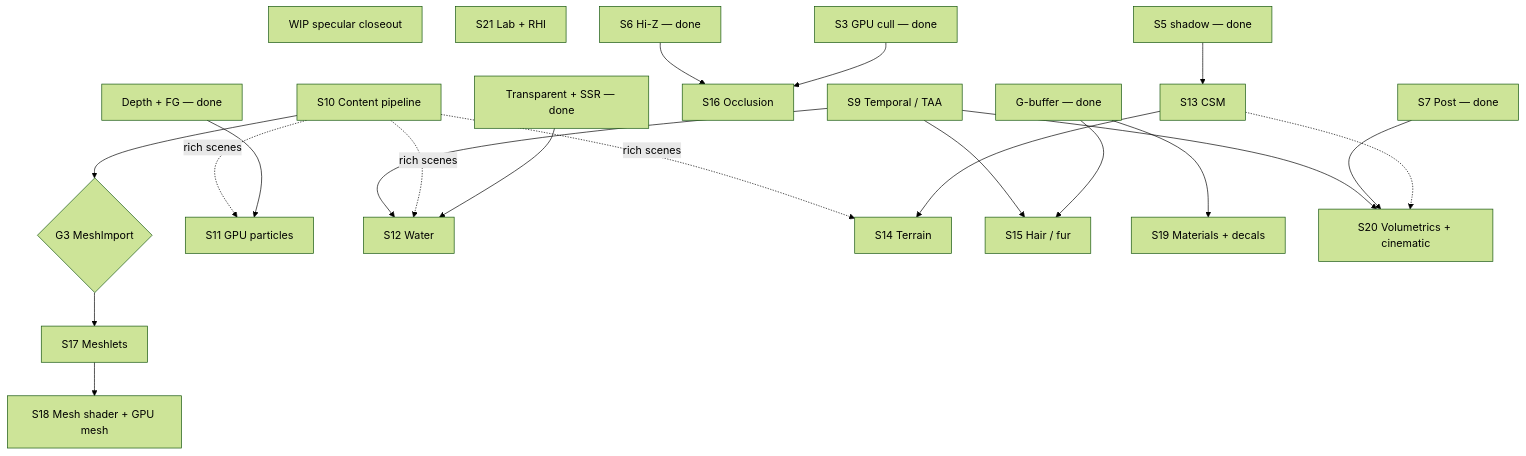
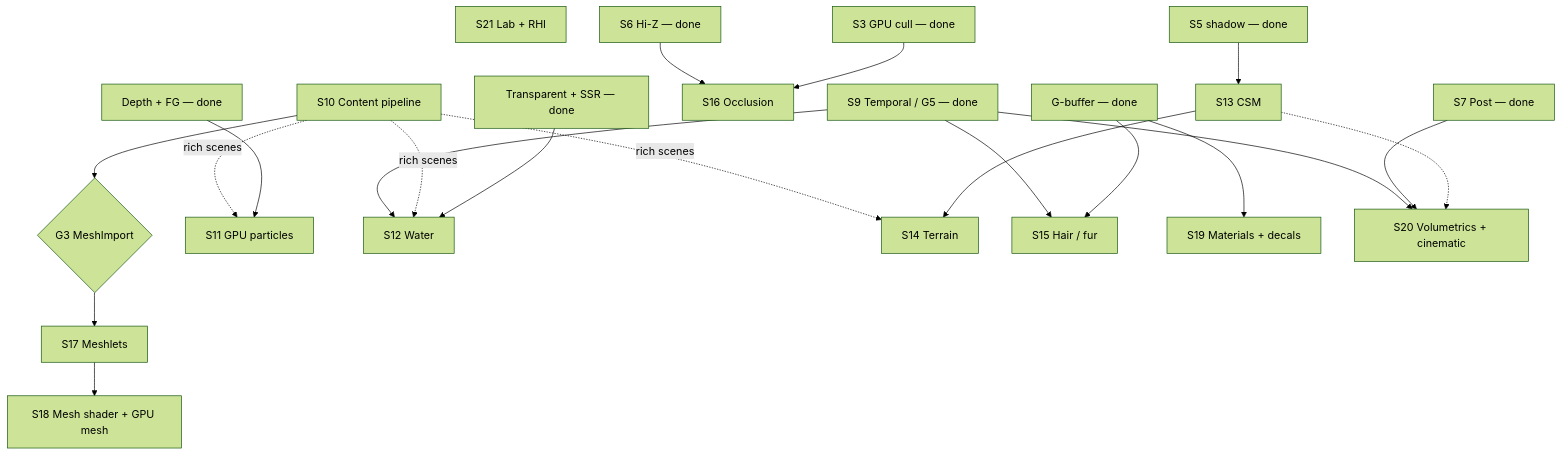
One commit to PluseggWill/SiriusEngine_VulkanReboot changed the diagram in Docs/Active-Plan.md. Above: the diagram before and after it, drawn with Mermaid (forest theme). The commit also changed other lines of this file and 19 other files, not shown here.

````diff
--- a/Docs/Active-Plan.md
+++ b/Docs/Active-Plan.md
@@ -37,36 +36,35 @@
 ```mermaid
 flowchart TB
-  WIP[WIP specular closeout]
-  S9[S9 Temporal / TAA]
+  S9done[S9 Temporal / G5 — done]
   S10[S10 Content pipeline]
   G3{G3 MeshImport}
   S11[S11 GPU particles]
   S12[S12 Water]
   S13[S13 CSM]
   S14[S14 Terrain]
   S15[S15 Hair / fur]
   S16[S16 Occlusion]
   S17[S17 Meshlets]
   S18[S18 Mesh shader + GPU mesh]
   S19[S19 Materials + decals]
   S20[S20 Volumetrics + cinematic]
   S21[S21 Lab + RHI]
 
-  S9 --> S12
-  S9 --> S15
-  S9 --> S20
+  S9done --> S12
+  S9done --> S15
+  S9done --> S20
   S10 --> G3
   S10 -.->|rich scenes| S11
   S10 -.->|rich scenes| S12
   S10 -.->|rich scenes| S14
   DepthFG[Depth + FG — done] --> S11
   TransSSR[Transparent + SSR — done] --> S12
   S5done[S5 shadow — done] --> S13 --> S14
   GBdone[G-buffer — done] --> S15
   GBdone --> S19
   S6done[S6 Hi-Z — done] --> S16
   S3done[S3 GPU cull — done] --> S16
   G3 --> S17 --> S18
   S7done[S7 Post — done] --> S20
   S13 -.-> S20
 ```
````
